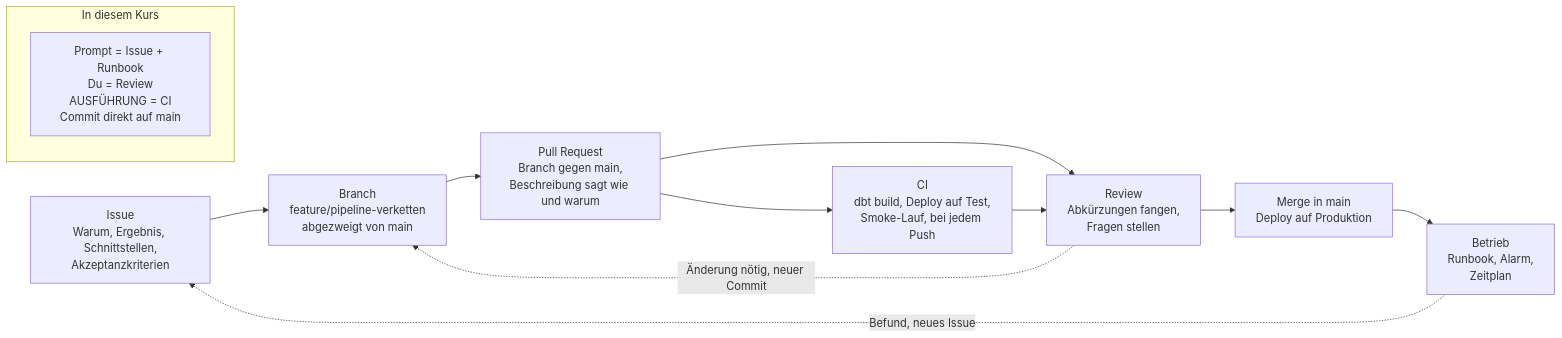
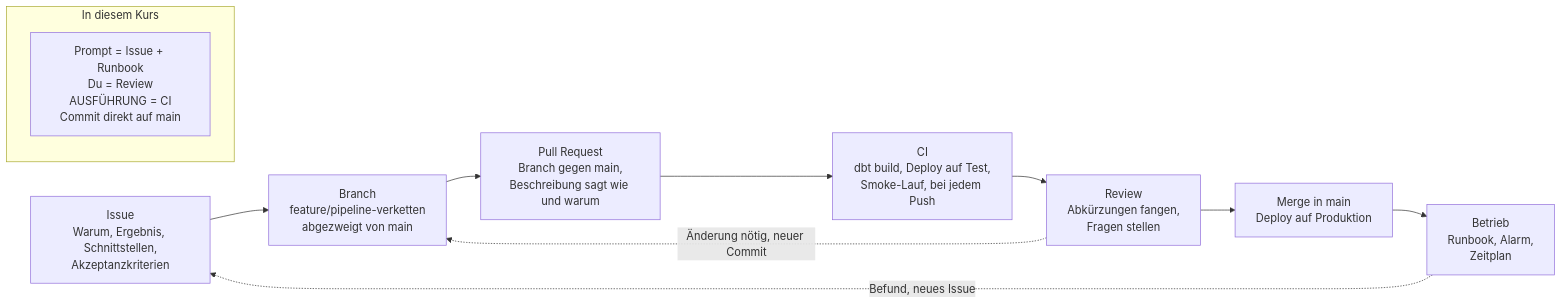
Before and after one commit to vp-82/daeng-hs26-gcp: the diagram in docs/SPEC-IM-TEAM.md, drawn with Mermaid. The commit also changed other lines of this file, not shown here.

````diff
--- a/docs/SPEC-IM-TEAM.md
+++ b/docs/SPEC-IM-TEAM.md
@@ -10,17 +10,16 @@
 ```mermaid
 flowchart LR
   I["Issue<br/>Warum, Ergebnis, Schnittstellen,<br/>Akzeptanzkriterien"]
   B["Branch<br/>feature/pipeline-verketten<br/>abgezweigt von main"]
   PR["Pull Request<br/>Branch gegen main,<br/>Beschreibung sagt wie und warum"]
   RV["Review<br/>Abkürzungen fangen,<br/>Fragen stellen"]
   CI["CI<br/>dbt build, Deploy auf Test,<br/>Smoke-Lauf, bei jedem Push"]
   MG["Merge in main<br/>Deploy auf Produktion"]
   OP["Betrieb<br/>Runbook, Alarm,<br/>Zeitplan"]
-  I --> B --> PR --> RV --> MG --> OP
-  PR --> CI --> RV
+  I --> B --> PR --> CI --> RV --> MG --> OP
   RV -. Änderung nötig, neuer Commit .-> B
   OP -. Befund, neues Issue .-> I
   subgraph K["In diesem Kurs"]
     P["Prompt = Issue + Runbook<br/>Du = Review<br/>AUSFÜHRUNG = CI<br/>Commit direkt auf main"]
   end
 ```
````
